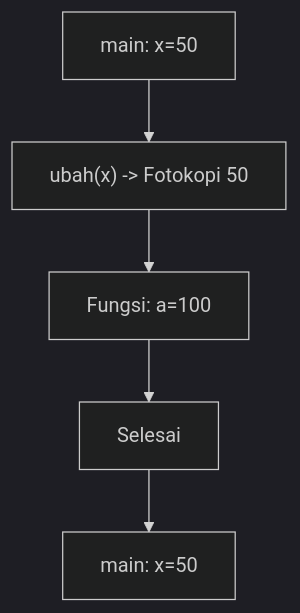
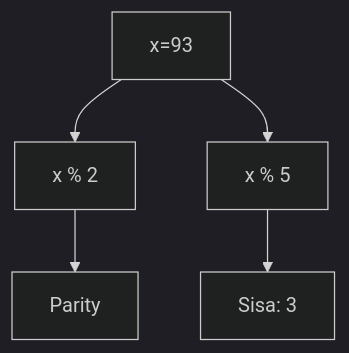
The ninth of 25 diagrams in part-c-pemahaman-cpp/04-fungsi/latihan/set-10.md (amnahwaida/OSNK_INF_PREP), drawn with Mermaid (dark theme) before and after one commit. The commit also changed other lines of this file and 71 other files, not shown here.

````diff
--- a/part-c-pemahaman-cpp/04-fungsi/latihan/set-10.md
+++ b/part-c-pemahaman-cpp/04-fungsi/latihan/set-10.md
@@ -326,7 +265,7 @@
 ```mermaid
 graph TD
-    A[main: x=50] --> B["ubah(x) -> Fotokopi 50"]
-    B --> C[Fungsi: a=100]
-    C --> D[Selesai]
-    D --> E[main: x=50]
+A[x=93] --> B[x % 2]
+B --> C[Parity]
+A --> D[x % 5]
+D --> E[Sisa: 3]
 ```
````
